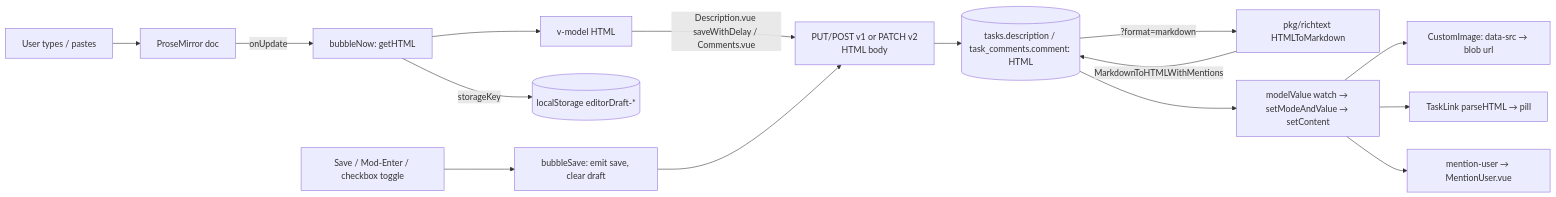
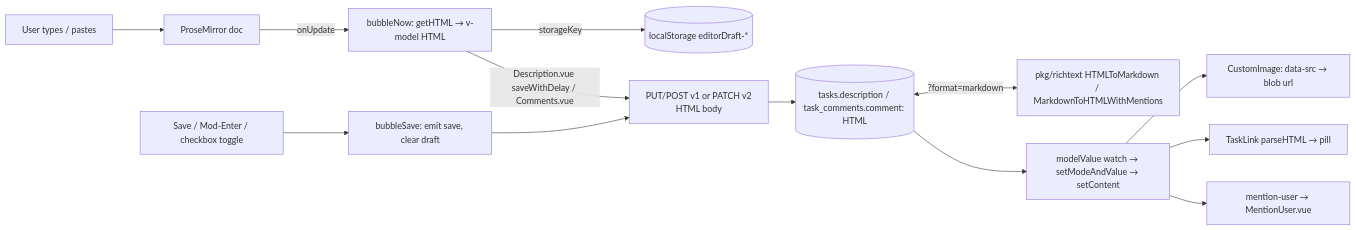
The diagram in .agents/wiki/components/frontend/editor.md (talbama/vikunja-port), drawn with Mermaid before and after one commit. The commit also changed other lines of this file and 57 other files, not shown here.

````diff
--- a/.agents/wiki/components/frontend/editor.md
+++ b/.agents/wiki/components/frontend/editor.md
@@ -85,17 +85,14 @@
 ```mermaid
 flowchart LR
     U[User types / pastes] --> PM[ProseMirror doc]
-    PM -->|onUpdate| BN[bubbleNow: getHTML]
-    BN --> M[v-model HTML]
+    PM -->|onUpdate| BN[bubbleNow: getHTML → v-model HTML]
     BN -->|storageKey| LS[(localStorage editorDraft-*)]
-    M -->|Description.vue saveWithDelay / Comments.vue| API[PUT/POST v1 or PATCH v2<br/>HTML body]
-    BS[Save / Mod-Enter / checkbox toggle] --> BSV[bubbleSave: emit save, clear draft]
-    BSV --> API
+    BN -->|Description.vue saveWithDelay / Comments.vue| API[PUT/POST v1 or PATCH v2<br/>HTML body]
+    BS[Save / Mod-Enter / checkbox toggle] --> BSV[bubbleSave: emit save, clear draft] --> API
     API --> DB[(tasks.description / task_comments.comment: HTML)]
-    DB -->|?format=markdown| RT[pkg/richtext HTMLToMarkdown]
-    RT -->|MarkdownToHTMLWithMentions| DB
+    DB <-->|?format=markdown| RT[pkg/richtext HTMLToMarkdown / MarkdownToHTMLWithMentions]
     DB --> LOAD[modelValue watch → setModeAndValue → setContent]
     LOAD --> CI[CustomImage: data-src → blob url]
     LOAD --> TL[TaskLink parseHTML → pill]
     LOAD --> MU[mention-user → MentionUser.vue]
 ```
````
